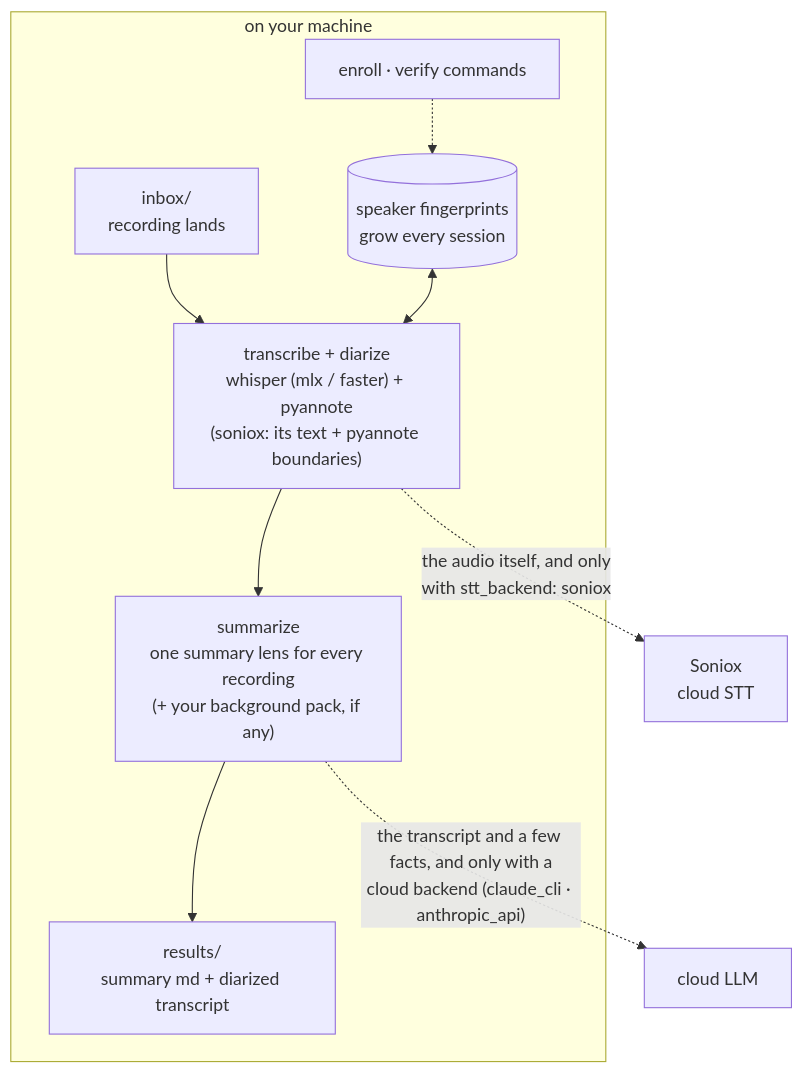
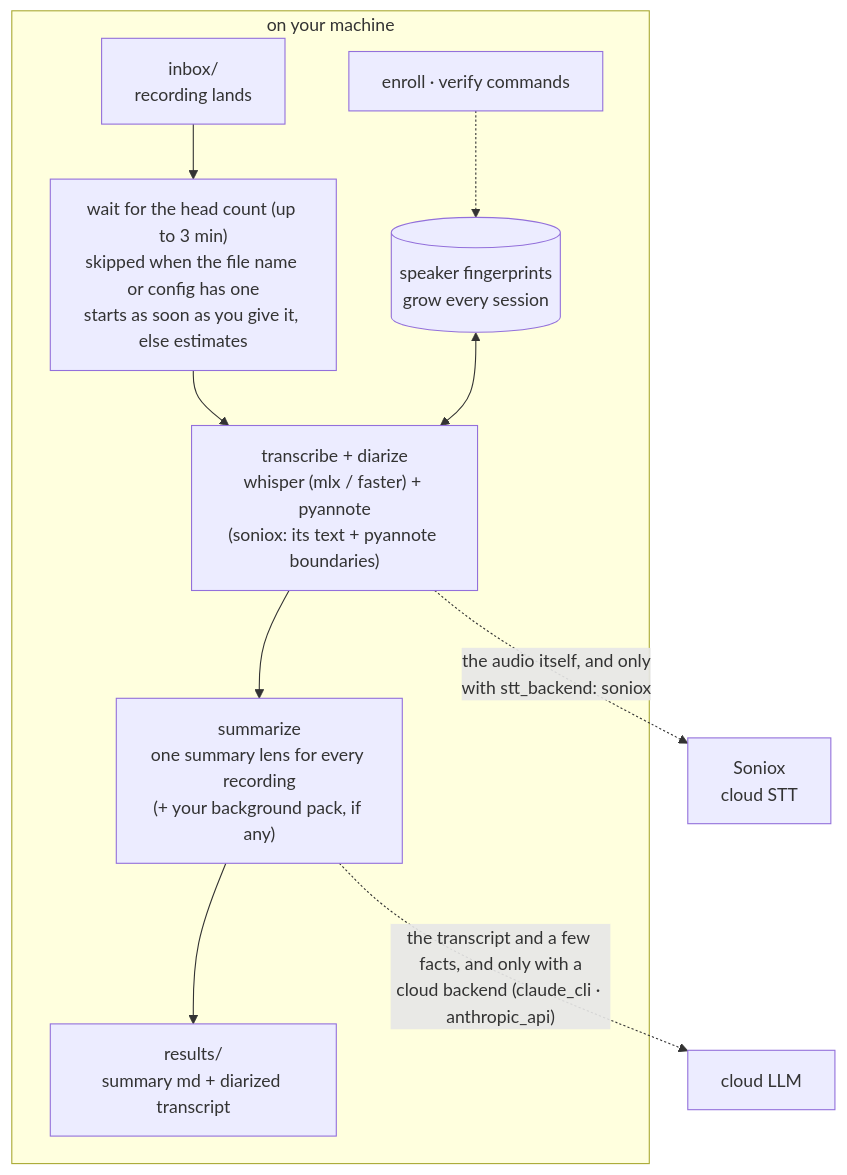
The diagram in README.md (kemy-ai/moim-scribe), drawn with Mermaid before and after one commit. The commit also changed 1 other file, not shown here.

Commit message:
Show the speaker count wait in the README diagram
The diagram in both READMEs went from the inbox straight to transcription.
Since 0.2.1 a recording with no head count in its file name waits up to
3 minutes first, so the diagram now has that step between the two, with
when it is skipped and what ends it. The tag v0.2.1 is not moved.

````diff
--- a/README.md
+++ b/README.md
@@ -15,12 +15,13 @@
 ```mermaid
 flowchart TD
     subgraph machine["on your machine"]
-        A["inbox/<br>recording lands"] --> B["transcribe + diarize<br>whisper (mlx / faster) + pyannote<br>(soniox: its text + pyannote boundaries)"]
+        A["inbox/<br>recording lands"] --> W["wait for the head count (up to 3 min)<br>skipped when the file name or config has one<br>starts as soon as you give it, else estimates"]
+        W --> B["transcribe + diarize<br>whisper (mlx / faster) + pyannote<br>(soniox: its text + pyannote boundaries)"]
         FP[("speaker fingerprints<br>grow every session")] <--> B
         B --> C["summarize<br>one summary lens for every recording<br>(+ your background pack, if any)"]
         C --> D["results/<br>summary md + diarized transcript"]
         V["enroll · verify commands"] -.-> FP
     end
     B -.->|"the audio itself, and only<br>with stt_backend: soniox"| STT["Soniox<br>cloud STT"]
     C -.->|"the transcript and a few facts, and only with a<br>cloud backend (claude_cli · anthropic_api)"| LLM["cloud LLM"]
 ```
````
